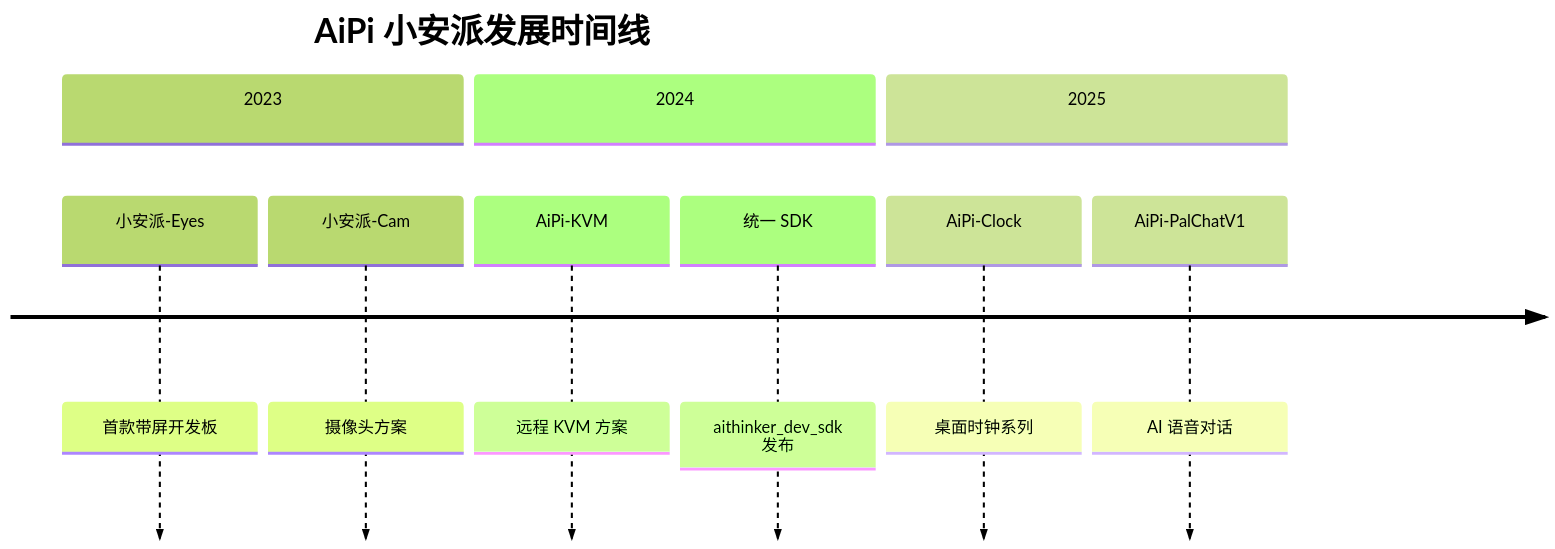
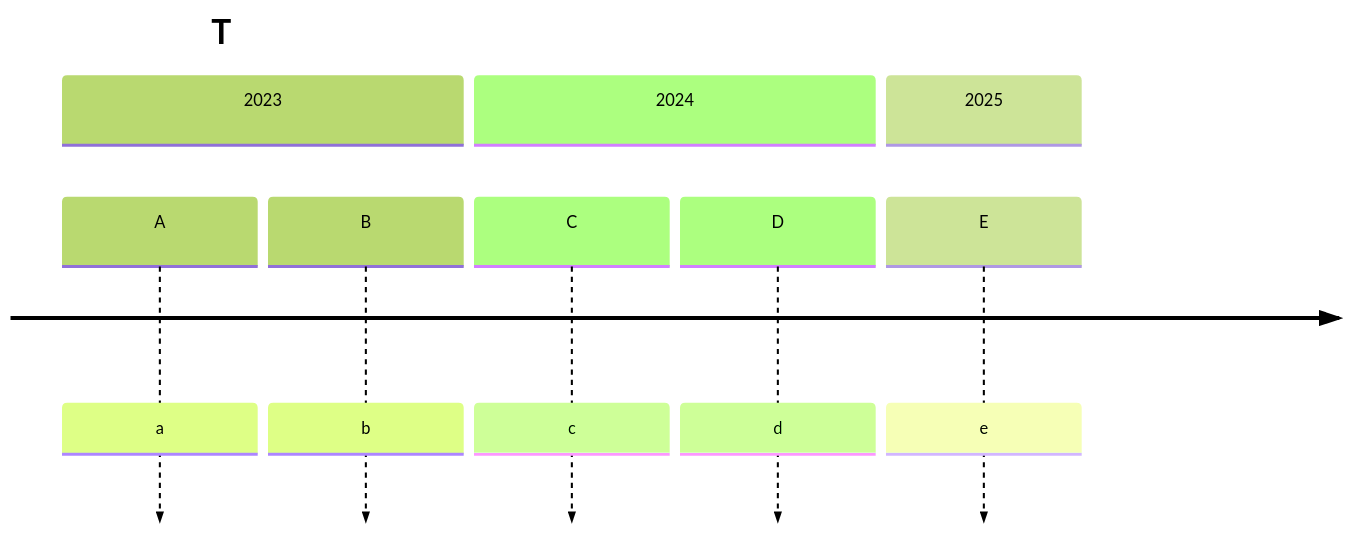
The diagram in t.md (Ai-Thinker-AiPi/.github), drawn with Mermaid (forest theme) before and after one commit. The commit also changed other lines of this file, not shown here.

Commit message:
test: 5 short events

````diff
--- a/t.md
+++ b/t.md
@@ -3,13 +3,12 @@
 ```mermaid
 timeline
-    title AiPi 小安派发展时间线
+    title T
     section 2023
-        小安派-Eyes : 首款带屏开发板
-        小安派-Cam : 摄像头方案
+        A : a
+        B : b
     section 2024
-        AiPi-KVM : 远程 KVM 方案
-        统一 SDK : aithinker_dev_sdk 发布
+        C : c
+        D : d
     section 2025
-        AiPi-Clock : 桌面时钟系列
-        AiPi-PalChatV1 : AI 语音对话
+        E : e
 ```
````
